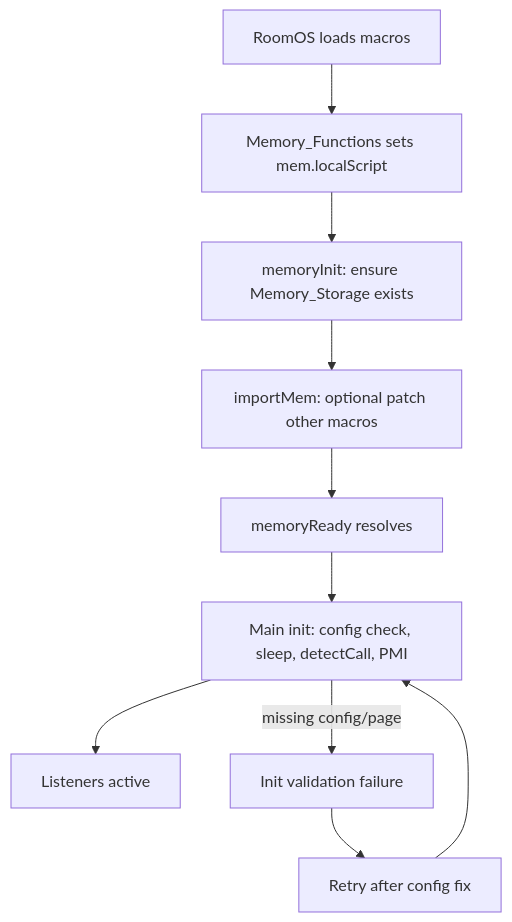
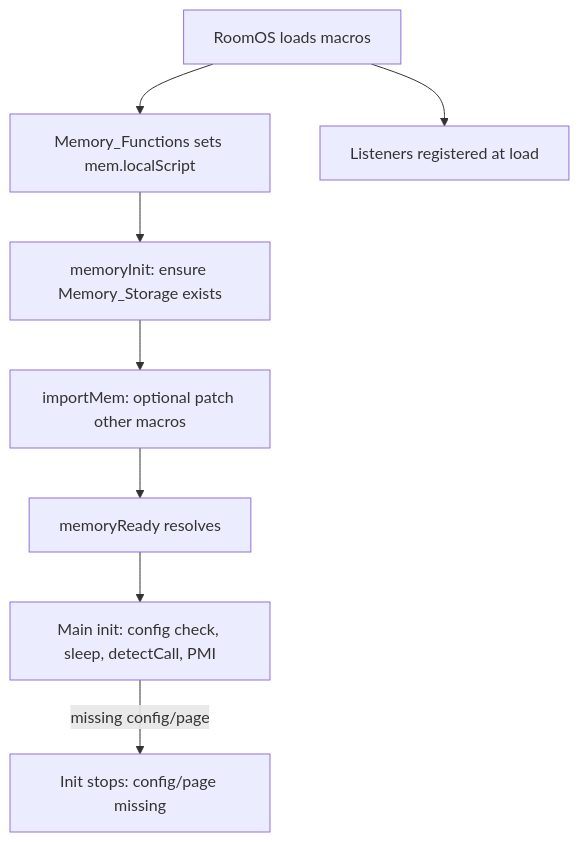
The second of 2 diagrams in README.md (sebastianspicker/roomos-join-zoom-quickjs-fix), drawn with Mermaid before and after one commit. The commit also changed other lines of this file and 9 other files, not shown here.

````diff
--- a/README.md
+++ b/README.md
@@ -45,20 +45,18 @@
 ```mermaid
 flowchart TB
   Load[RoomOS loads macros]
   SetLocal[Memory_Functions sets mem.localScript]
   MemInit[memoryInit: ensure Memory_Storage exists]
   ImportMem[importMem: optional patch other macros]
   Ready[memoryReady resolves]
   Init[Main init: config check, sleep, detectCall, PMI]
-  Listeners[Listeners active]
-  InitError[Init validation failure]
-  Recovery[Retry after config fix]
+  Listeners[Listeners registered at load]
+  InitError[Init stops: config/page missing]
   Load --> SetLocal
   SetLocal --> MemInit
   MemInit --> ImportMem
   ImportMem --> Ready
+  Load --> Listeners
   Ready --> Init
-  Init --> Listeners
   Init -->|missing config/page| InitError
-  InitError --> Recovery --> Init
 ```
````
